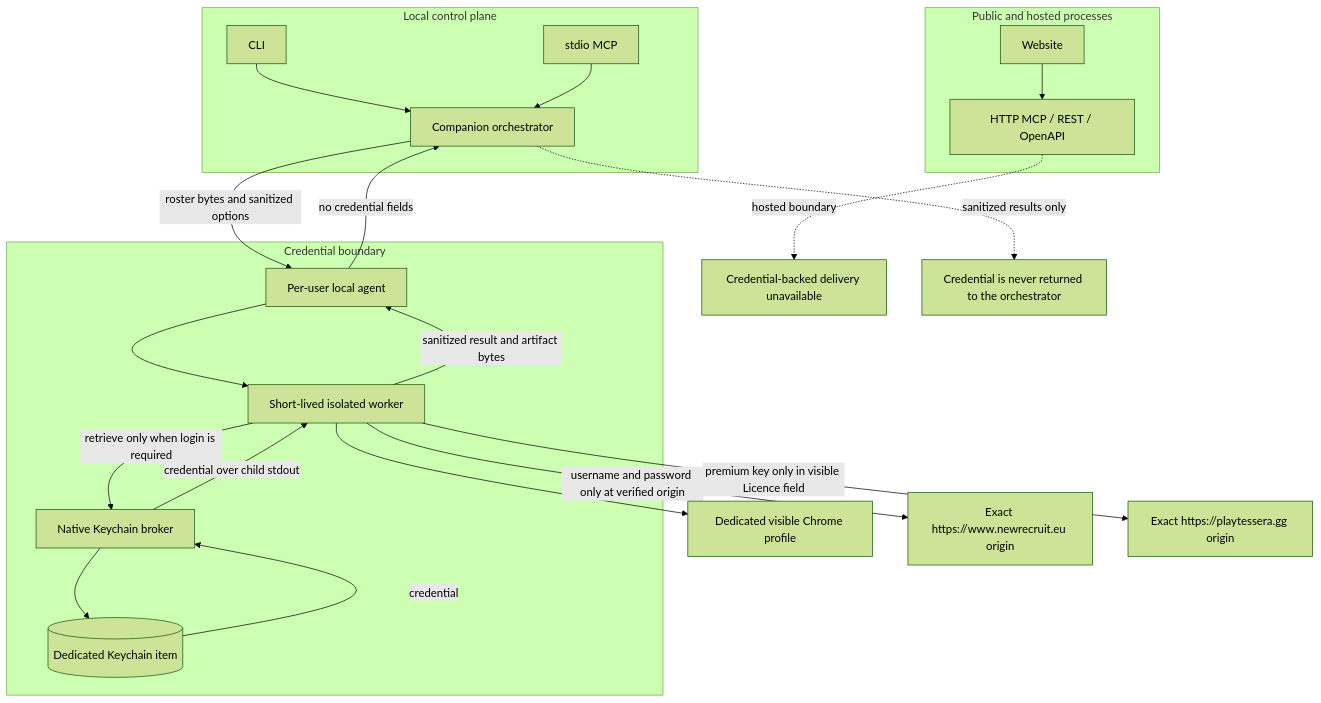
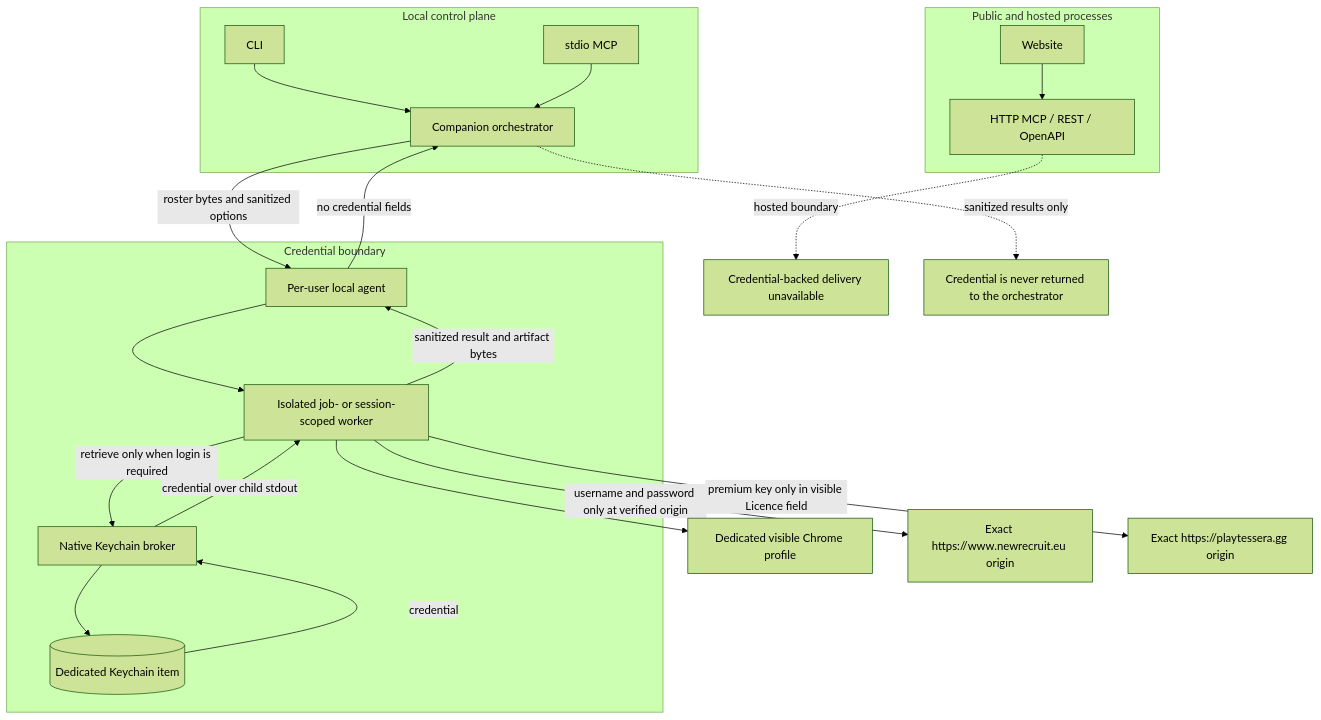
One commit to jrichyrich/new_recruit changed the fifth of 5 diagrams in docs/architecture.md. Above: the diagram before and after it, drawn with Mermaid (forest theme). The commit also changed other lines of this file and 115 other files, not shown here.

````diff
--- a/docs/architecture.md
+++ b/docs/architecture.md
@@ -449,44 +518,44 @@
 ```mermaid
 flowchart TB
     subgraph public["Public and hosted processes"]
         hostedUi["Website"]
         hostedApi["HTTP MCP / REST / OpenAPI"]
     end
 
     subgraph localControl["Local control plane"]
         cli2["CLI"]
         mcp2["stdio MCP"]
         orchestrator["Companion orchestrator"]
     end
 
     subgraph secretBoundary["Credential boundary"]
         agent2["Per-user local agent"]
-        worker2["Short-lived isolated worker"]
+        worker2["Isolated job- or session-scoped worker"]
         broker2["Native Keychain broker"]
         keychain2[("Dedicated Keychain item")]
     end
 
     chrome2["Dedicated visible Chrome profile"]
     nr2["Exact https://www.newrecruit.eu origin"]
     tessera2["Exact https://playtessera.gg origin"]
 
     hostedUi --> hostedApi
     cli2 --> orchestrator
     mcp2 --> orchestrator
     orchestrator -->|"roster bytes and sanitized options"| agent2
     agent2 --> worker2
     worker2 -->|"retrieve only when login is required"| broker2
     broker2 --> keychain2
     keychain2 -->|"credential"| broker2
     broker2 -->|"credential over child stdout"| worker2
     worker2 -->|"username and password only at verified origin"| nr2
     worker2 -->|"premium key only in visible Licence field"| tessera2
     worker2 --> chrome2
     worker2 -->|"sanitized result and artifact bytes"| agent2
     agent2 -->|"no credential fields"| orchestrator
 
     hostedStop2["Credential-backed delivery unavailable"]
     secretStop["Credential is never returned to the orchestrator"]
     hostedApi -. "hosted boundary" .-> hostedStop2
     orchestrator -. "sanitized results only" .-> secretStop
 ```
````
